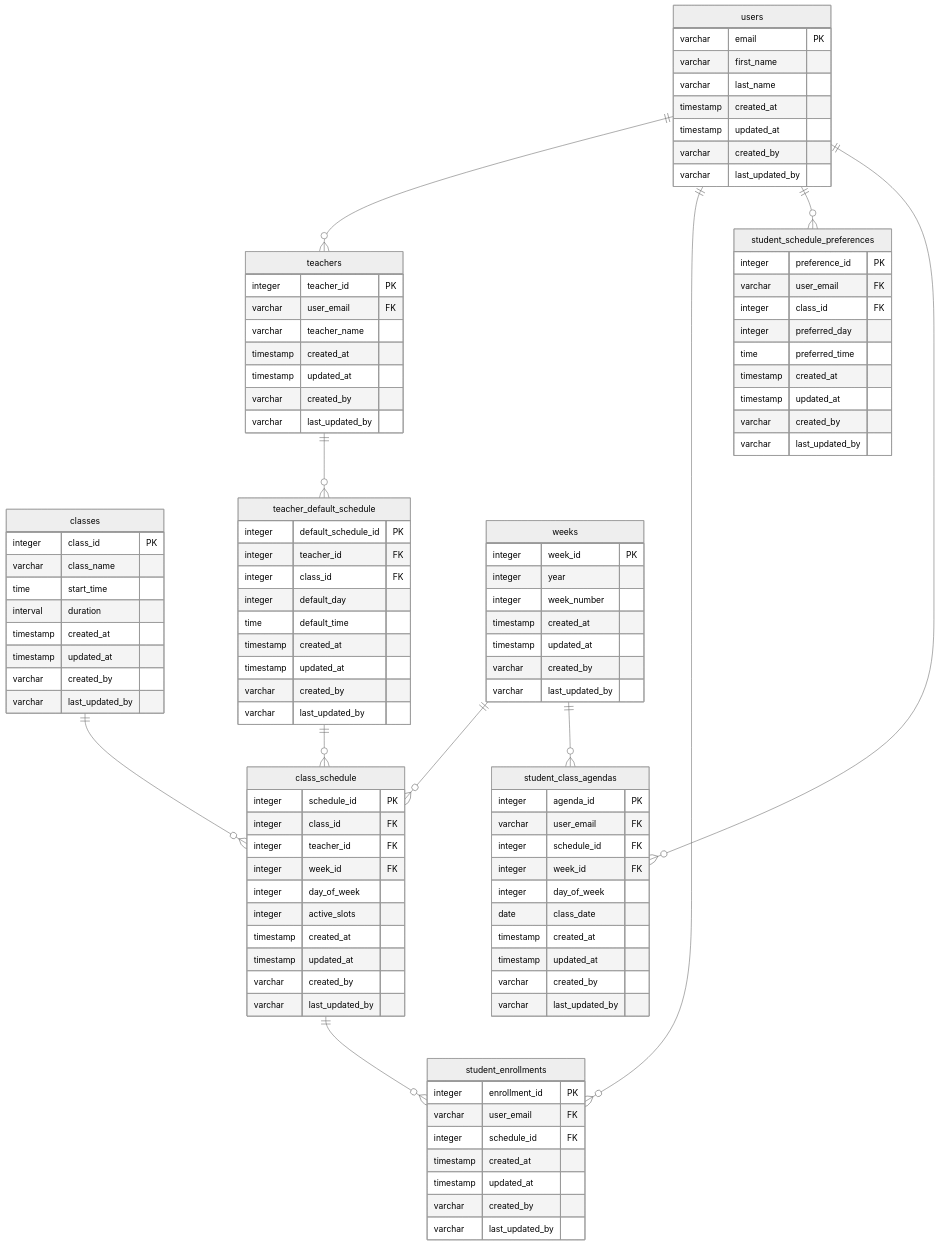
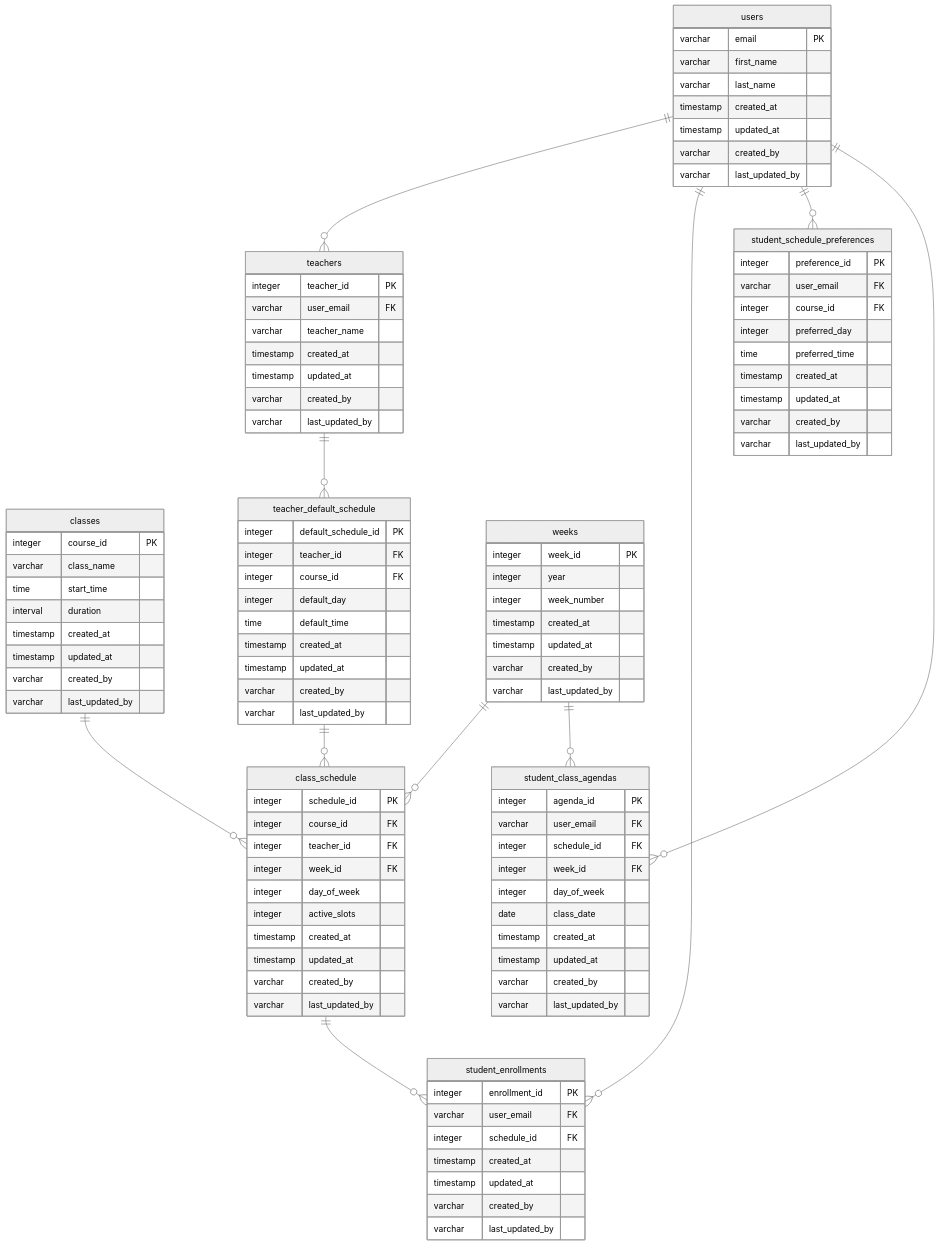
One commit to dhdtech/padraoandretorres changed the diagram in data_model.md. Above: the diagram before and after it, drawn with Mermaid (neutral theme). The commit also changed other lines of this file and 404 other files, not shown here.

```diff
--- a/data_model.md
+++ b/data_model.md
@@ -182,7 +182,7 @@
     }
 
     classes {
-        integer class_id PK
+        integer course_id PK
         varchar class_name
         time start_time
         interval duration
@@ -205,7 +205,7 @@
     teacher_default_schedule {
         integer default_schedule_id PK
         integer teacher_id FK
-        integer class_id FK
+        integer course_id FK
         integer default_day
         time default_time
         timestamp created_at
@@ -226,7 +226,7 @@
 
     class_schedule {
         integer schedule_id PK
-        integer class_id FK
+        integer course_id FK
         integer teacher_id FK
         integer week_id FK
         integer day_of_week
@@ -250,7 +250,7 @@
     student_schedule_preferences {
         integer preference_id PK
         varchar user_email FK
-        integer class_id FK
+        integer course_id FK
         integer preferred_day
         time preferred_time
         timestamp created_at
```
